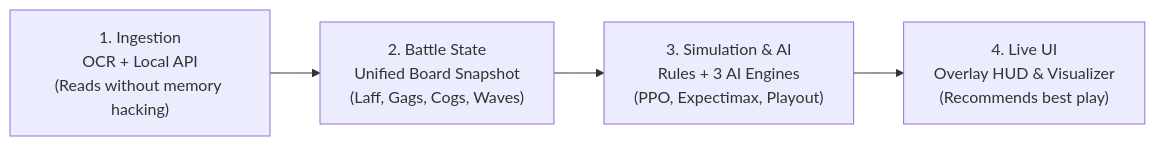
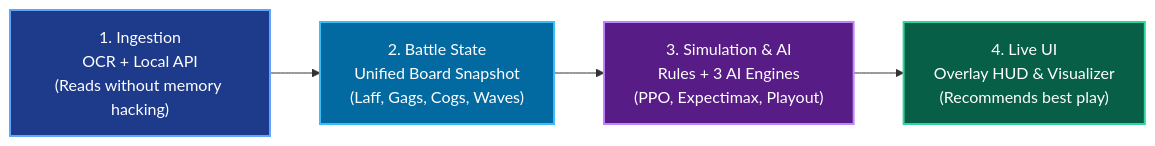
Before and after one commit to Angle-Brackets/TTRSolver: the first of 7 diagrams in docs/architecture-review.md, drawn with Mermaid. The commit also changed other lines of this file and 9 other files, not shown here.

Commit message:
docs: color-code all Mermaid diagrams with distinct visual themes

````diff
--- a/docs/architecture-review.md
+++ b/docs/architecture-review.md
@@ -37,6 +37,16 @@
 ```mermaid
 flowchart LR
+    classDef ingestNode fill:#1e3a8a,stroke:#60a5fa,stroke-width:2px,color:#ffffff
+    classDef stateNode fill:#0369a1,stroke:#38bdf8,stroke-width:2px,color:#ffffff
+    classDef simNode fill:#581c87,stroke:#c084fc,stroke-width:2px,color:#ffffff
+    classDef uiNode fill:#065f46,stroke:#34d399,stroke-width:2px,color:#ffffff
+
     A["1. Ingestion<br/>OCR + Local API<br/>(Reads without memory hacking)"] --> B["2. Battle State<br/>Unified Board Snapshot<br/>(Laff, Gags, Cogs, Waves)"]
     B --> C["3. Simulation & AI<br/>Rules + 3 AI Engines<br/>(PPO, Expectimax, Playout)"]
     C --> D["4. Live UI<br/>Overlay HUD & Visualizer<br/>(Recommends best play)"]
+
+    class A ingestNode
+    class B stateNode
+    class C simNode
+    class D uiNode
 ```
````
